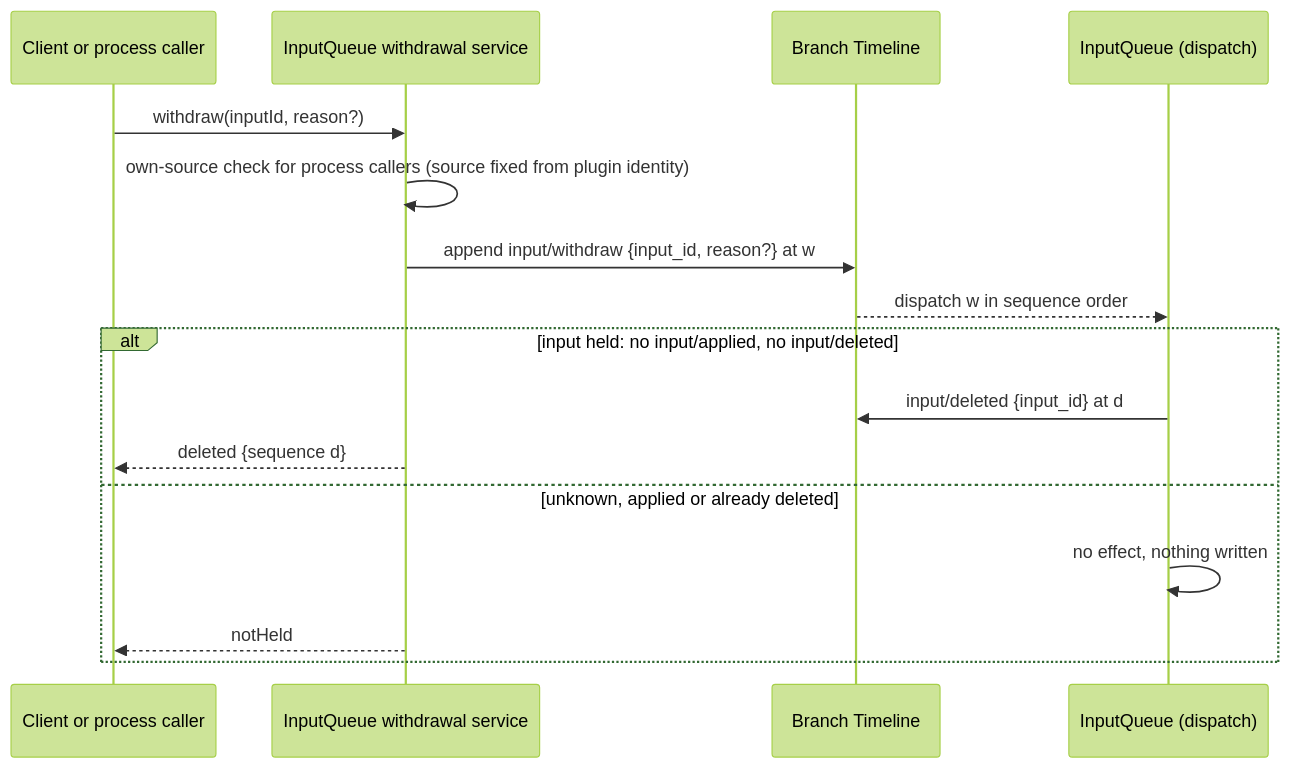
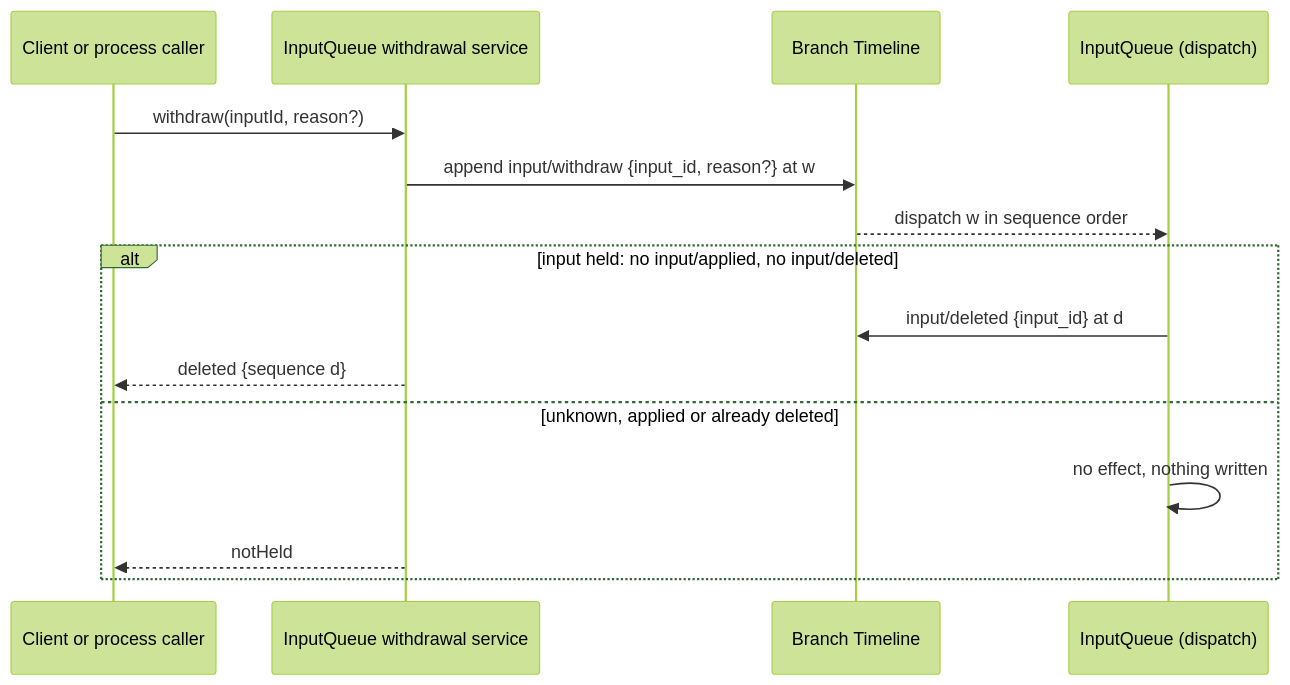
One commit to CoutinhoTTS/dim-agent changed the third of 3 diagrams in docs/design/contracts/session-access.md. Above: the diagram before and after it, drawn with Mermaid (forest theme). The commit also changed other lines of this file and 3 other files, not shown here.

````diff
--- a/docs/design/contracts/session-access.md
+++ b/docs/design/contracts/session-access.md
@@ -97,18 +97,17 @@
 ```mermaid
 sequenceDiagram
   participant C as Client or process caller
   participant W as InputQueue withdrawal service
   participant TL as Branch Timeline
   participant IQ as InputQueue (dispatch)
   C->>W: withdraw(inputId, reason?)
-  W->>W: own-source check for process callers (source fixed from plugin identity)
   W->>TL: append input/withdraw {input_id, reason?} at w
   TL-->>IQ: dispatch w in sequence order
   alt input held: no input/applied, no input/deleted
     IQ->>TL: input/deleted {input_id} at d
     W-->>C: deleted {sequence d}
   else unknown, applied or already deleted
     IQ->>IQ: no effect, nothing written
     W-->>C: notHeld
   end
 ```
````
